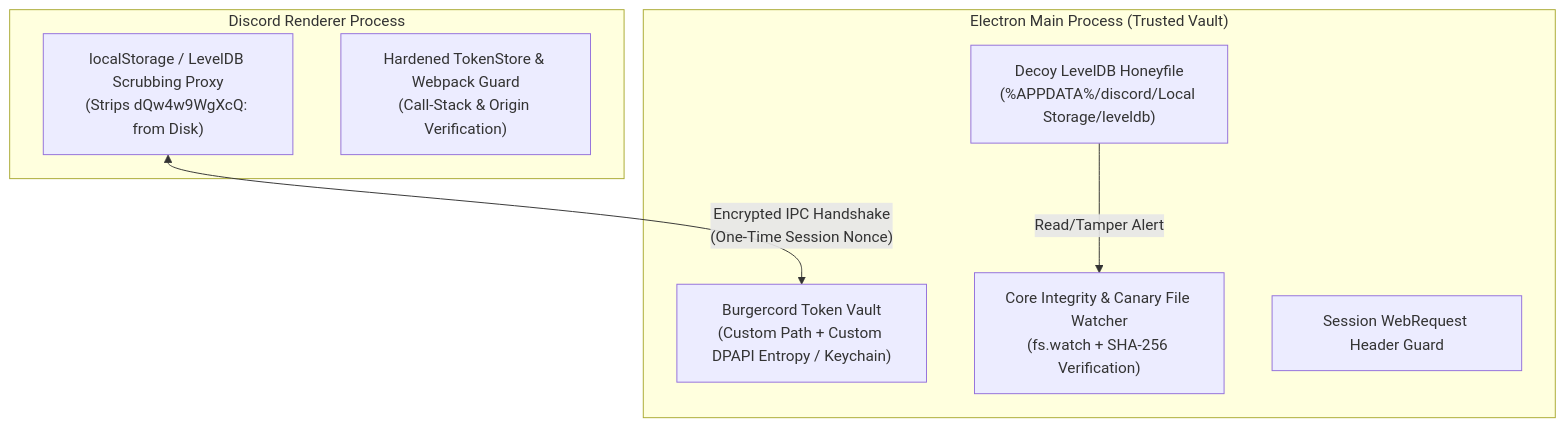
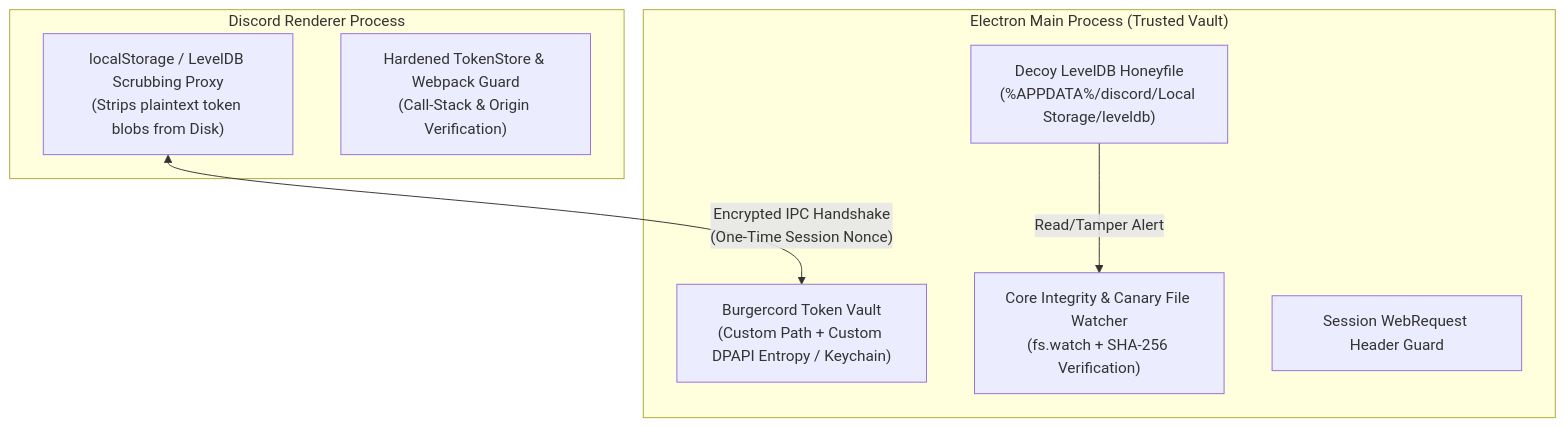
Before and after one commit to AbusiveJew/burgercord: the first of 2 diagrams in docs.md, drawn with Mermaid. The commit also changed other lines of this file and 8 other files, not shown here.

````diff
--- a/docs.md
+++ b/docs.md
@@ -40,17 +40,17 @@
 ```mermaid
 flowchart TD
     subgraph Main["Electron Main Process (Trusted Vault)"]
         Vault["Burgercord Token Vault\n(Custom Path + Custom DPAPI Entropy / Keychain)"]
         Canary["Decoy LevelDB Honeyfile\n(%APPDATA%/discord/Local Storage/leveldb)"]
         Watcher["Core Integrity & Canary File Watcher\n(fs.watch + SHA-256 Verification)"]
         NetHook["Session WebRequest Header Guard"]
     end
 
     subgraph Renderer["Discord Renderer Process"]
-        StorageProxy["localStorage / LevelDB Scrubbing Proxy\n(Strips dQw4w9WgXcQ: from Disk)"]
+        StorageProxy["localStorage / LevelDB Scrubbing Proxy\n(Strips plaintext token blobs from Disk)"]
         TokenGuard["Hardened TokenStore & Webpack Guard\n(Call-Stack & Origin Verification)"]
     end
 
     StorageProxy <-->|"Encrypted IPC Handshake\n(One-Time Session Nonce)"| Vault
     Canary -->|"Read/Tamper Alert"| Watcher
 ```
````
